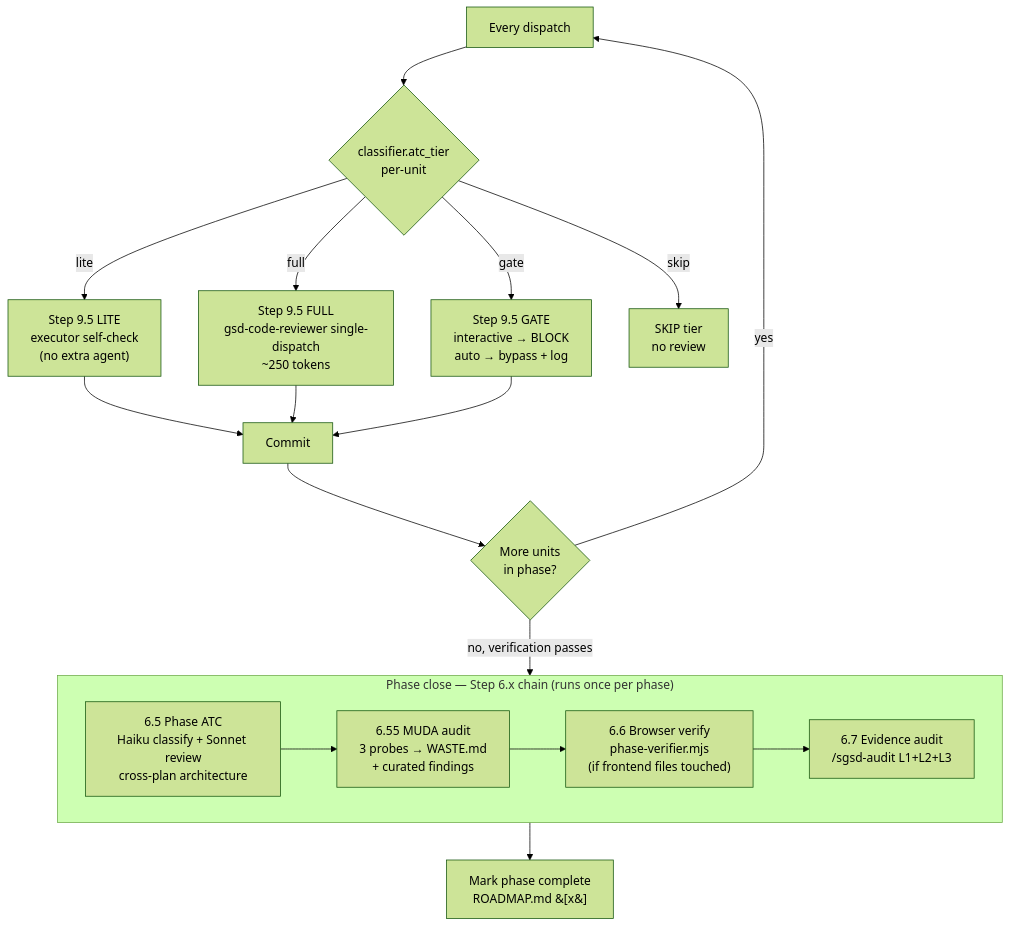
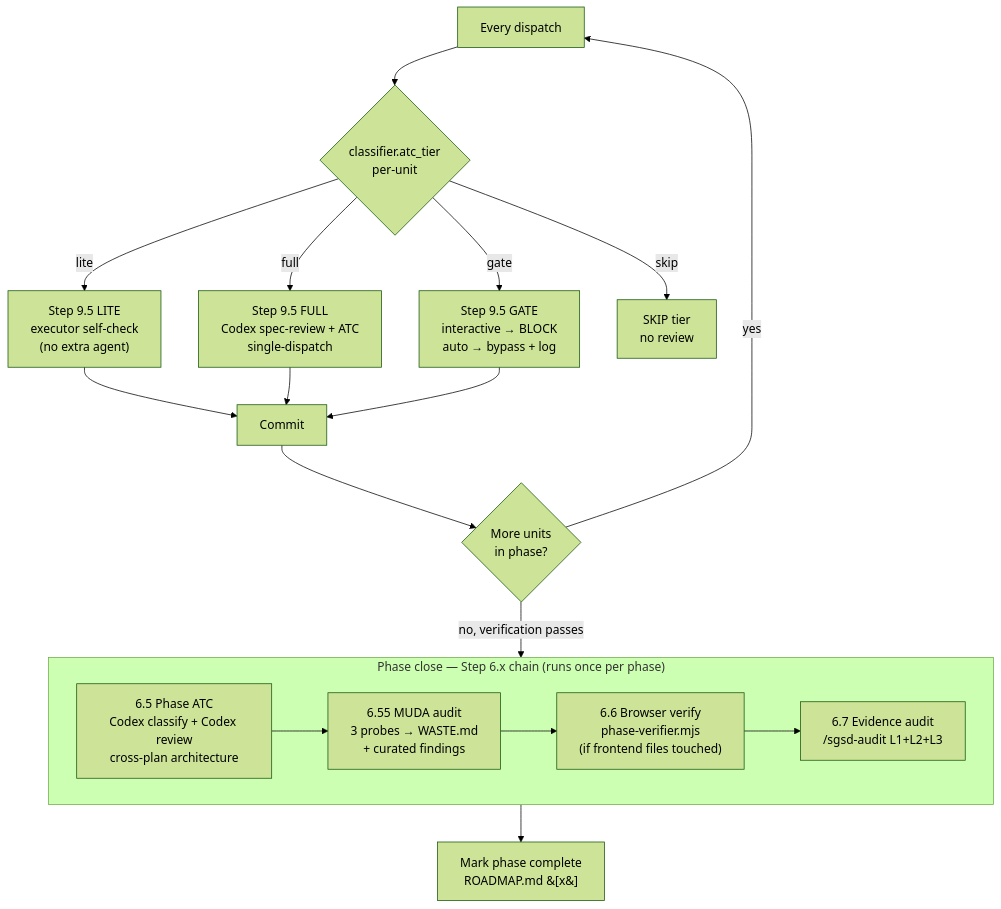
The fourth of 6 diagrams in super-gsd/docs/ARCHITECTURE.md (Berrowj/super-gsd), drawn with Mermaid (forest theme) before and after one commit. The commit also changed other lines of this file and 11 other files, not shown here.

First line of the commit message:
docs: sync architecture & overview docs to v3.2

````diff
--- a/super-gsd/docs/ARCHITECTURE.md
+++ b/super-gsd/docs/ARCHITECTURE.md
@@ -138,32 +156,32 @@
 ```mermaid
 flowchart TD
     start[Every dispatch]
     clsTier{"classifier.atc_tier<br/>per-unit"}
     s95L["Step 9.5 LITE<br/>executor self-check<br/>(no extra agent)"]
-    s95F["Step 9.5 FULL<br/>gsd-code-reviewer single-dispatch<br/>~250 tokens"]
+    s95F["Step 9.5 FULL<br/>Codex spec-review + ATC<br/>single-dispatch"]
     s95G["Step 9.5 GATE<br/>interactive → BLOCK<br/>auto → bypass + log"]
     s95S["SKIP tier<br/>no review"]
 
     start --> clsTier
     clsTier -->|skip| s95S
     clsTier -->|lite| s95L
     clsTier -->|full| s95F
     clsTier -->|gate| s95G
     s95L --> commit1[Commit]
     s95F --> commit1
     s95G --> commit1
 
     commit1 --> moreUnits{More units<br/>in phase?}
     moreUnits -->|yes| start
     moreUnits -->|no, verification passes| phaseClose
 
     subgraph phaseClose["Phase close — Step 6.x chain (runs once per phase)"]
-        p65["6.5 Phase ATC<br/>Haiku classify + Sonnet review<br/>cross-plan architecture"]
+        p65["6.5 Phase ATC<br/>Codex classify + Codex review<br/>cross-plan architecture"]
         p655["6.55 MUDA audit<br/>3 probes → WASTE.md<br/>+ curated findings"]
         p66["6.6 Browser verify<br/>phase-verifier.mjs<br/>(if frontend files touched)"]
         p67["6.7 Evidence audit<br/>/sgsd-audit L1+L2+L3"]
         p65 --> p655 --> p66 --> p67
     end
 
     phaseClose --> markDone[Mark phase complete<br/>ROADMAP.md &#91;x&#93;]
 ```
````
